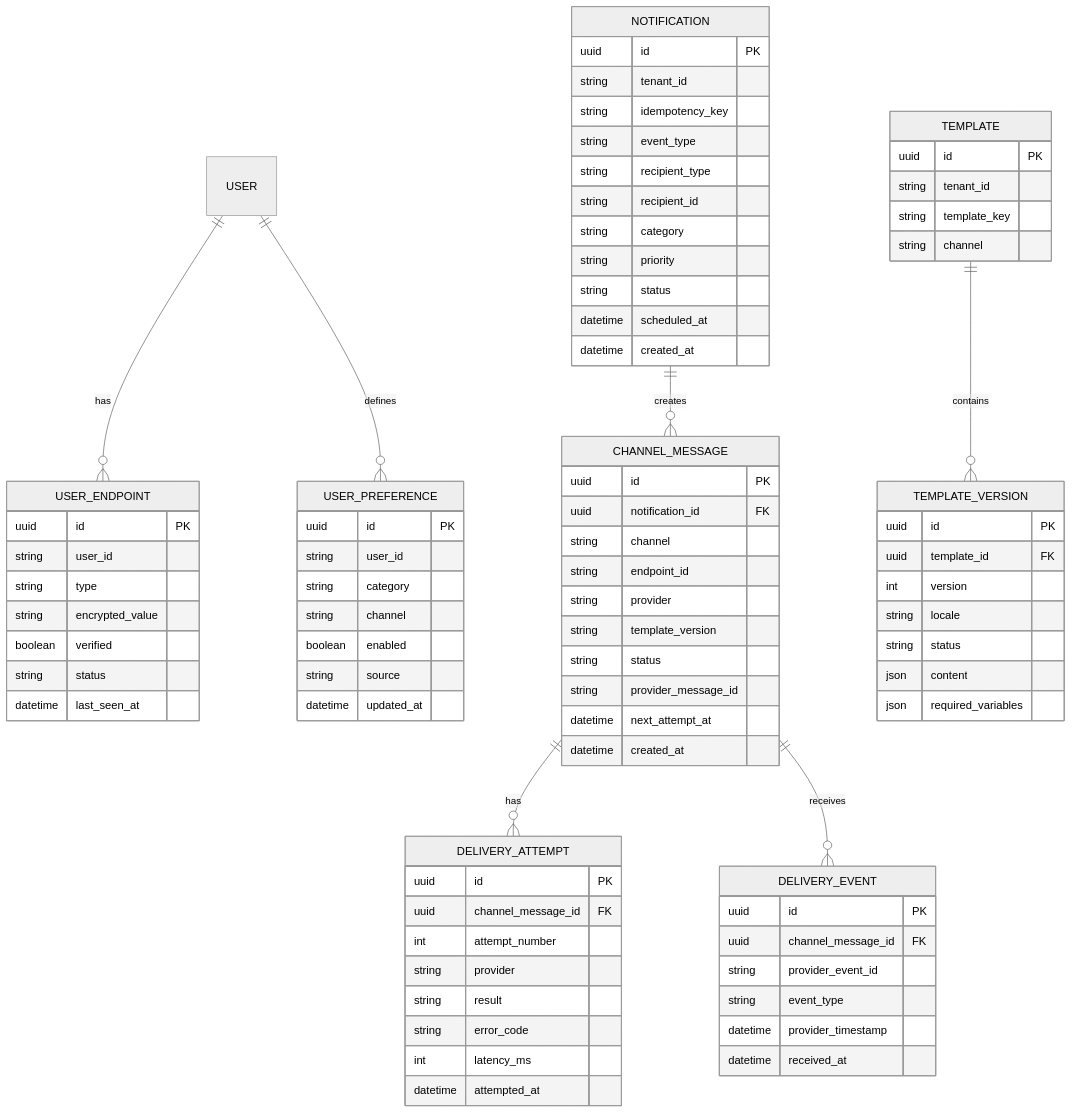
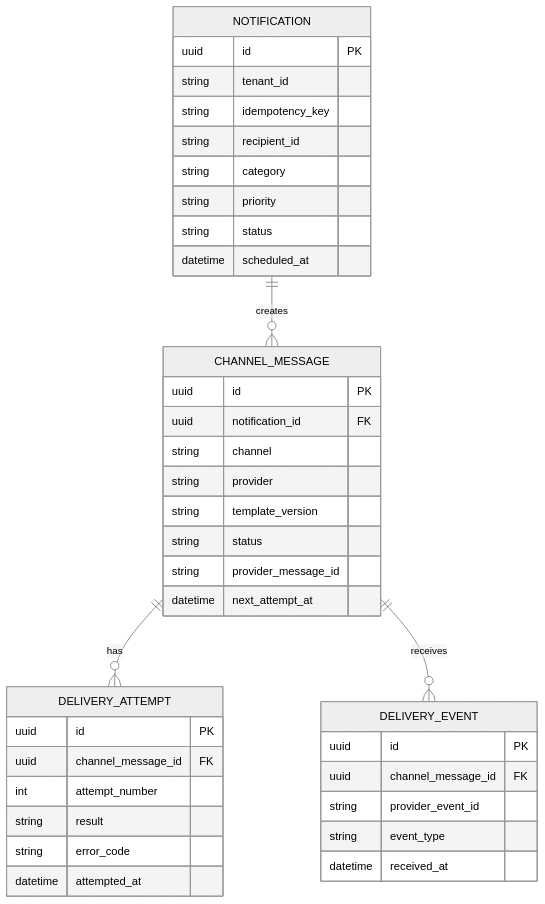
The fourth of 10 diagrams in src/content/system-design/notification-system.md (AvadhBhalodiya/Interview-Preparation), drawn with Mermaid (neutral theme) before and after one commit. The commit also changed other lines of this file and 54 other files, not shown here.

````diff
--- a/src/content/system-design/notification-system.md
+++ b/src/content/system-design/notification-system.md
@@ -528,47 +420,37 @@
 ```mermaid
 erDiagram
-    USER ||--o{ USER_ENDPOINT : has
-    USER ||--o{ USER_PREFERENCE : defines
     NOTIFICATION ||--o{ CHANNEL_MESSAGE : creates
     CHANNEL_MESSAGE ||--o{ DELIVERY_ATTEMPT : has
     CHANNEL_MESSAGE ||--o{ DELIVERY_EVENT : receives
-    TEMPLATE ||--o{ TEMPLATE_VERSION : contains
 
     NOTIFICATION {
         uuid id PK
         string tenant_id
         string idempotency_key
-        string event_type
-        string recipient_type
         string recipient_id
         string category
         string priority
         string status
         datetime scheduled_at
-        datetime created_at
     }
 
     CHANNEL_MESSAGE {
         uuid id PK
         uuid notification_id FK
         string channel
-        string endpoint_id
         string provider
         string template_version
         string status
         string provider_message_id
         datetime next_attempt_at
-        datetime created_at
     }
 
     DELIVERY_ATTEMPT {
         uuid id PK
         uuid channel_message_id FK
         int attempt_number
-        string provider
         string result
         string error_code
-        int latency_ms
         datetime attempted_at
     }
 
@@ -577,44 +459,6 @@
         uuid channel_message_id FK
         string provider_event_id
         string event_type
-        datetime provider_timestamp
         datetime received_at
     }
-
-    USER_ENDPOINT {
-        uuid id PK
-        string user_id
-        string type
-        string encrypted_value
-        boolean verified
-        string status
-        datetime last_seen_at
-    }
-
-    USER_PREFERENCE {
-        uuid id PK
-        string user_id
-        string category
-        string channel
-        boolean enabled
-        string source
-        datetime updated_at
-    }
-
-    TEMPLATE {
-        uuid id PK
-        string tenant_id
-        string template_key
-        string channel
-    }
-
-    TEMPLATE_VERSION {
-        uuid id PK
-        uuid template_id FK
-        int version
-        string locale
-        string status
-        json content
-        json required_variables
-    }
 ```
````
